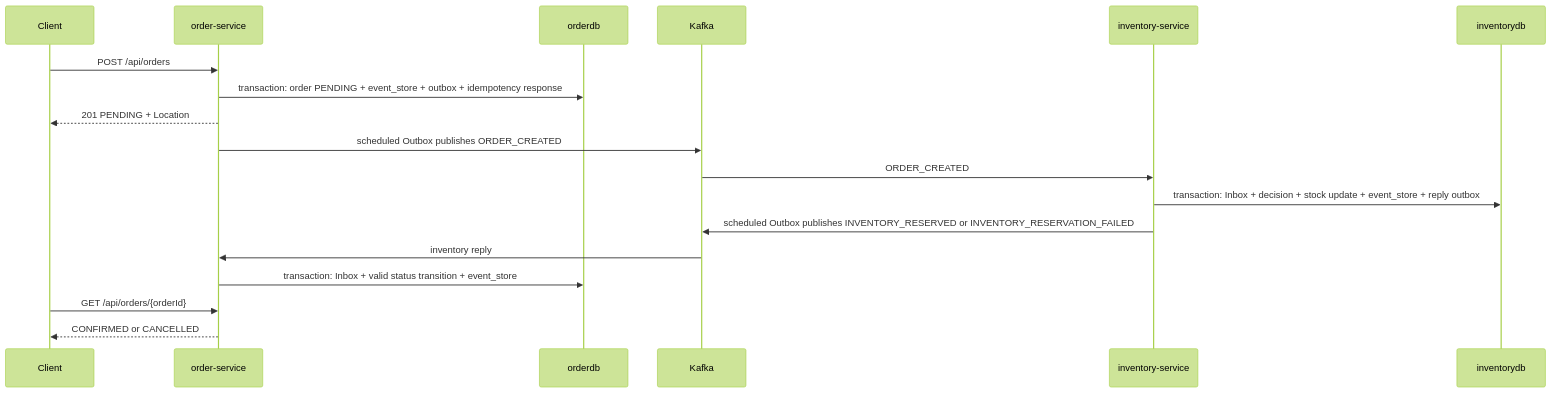
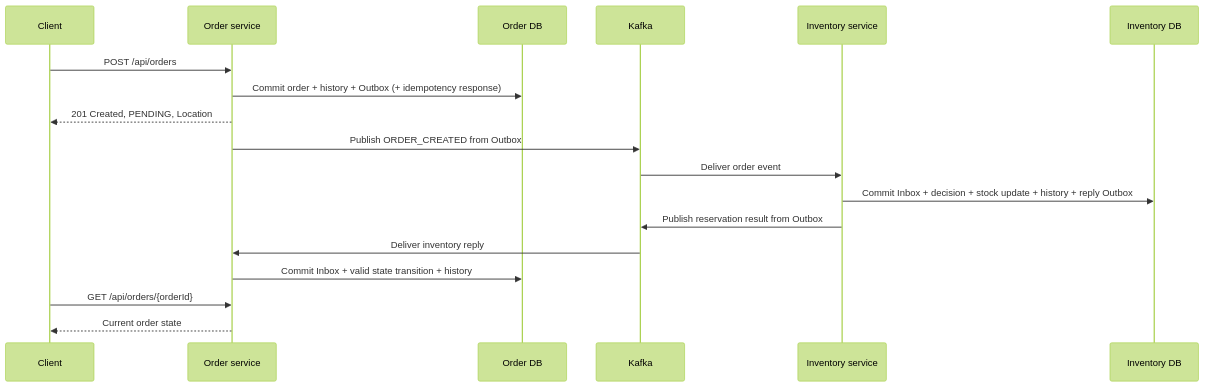
One commit to hosseinkhoshkar/kafka-order-system changed the second of 2 diagrams in README.md. Above: the diagram before and after it, drawn with Mermaid (forest theme). The commit also changed other lines of this file, not shown here.

````diff
--- a/README.md
+++ b/README.md
@@ -48,21 +49,20 @@
 ```mermaid
 sequenceDiagram
     participant C as Client
-    participant O as order-service
-    participant ODB as orderdb
+    participant O as Order service
+    participant OD as Order DB
     participant K as Kafka
-    participant I as inventory-service
-    participant IDB as inventorydb
-
+    participant I as Inventory service
+    participant ID as Inventory DB
     C->>O: POST /api/orders
-    O->>ODB: transaction: order PENDING + event_store + outbox + idempotency response
-    O-->>C: 201 PENDING + Location
-    O->>K: scheduled Outbox publishes ORDER_CREATED
-    K->>I: ORDER_CREATED
-    I->>IDB: transaction: Inbox + decision + stock update + event_store + reply outbox
-    I->>K: scheduled Outbox publishes INVENTORY_RESERVED or INVENTORY_RESERVATION_FAILED
-    K->>O: inventory reply
-    O->>ODB: transaction: Inbox + valid status transition + event_store
+    O->>OD: Commit order + history + Outbox (+ idempotency response)
+    O-->>C: 201 Created, PENDING, Location
+    O->>K: Publish ORDER_CREATED from Outbox
+    K->>I: Deliver order event
+    I->>ID: Commit Inbox + decision + stock update + history + reply Outbox
+    I->>K: Publish reservation result from Outbox
+    K->>O: Deliver inventory reply
+    O->>OD: Commit Inbox + valid state transition + history
     C->>O: GET /api/orders/{orderId}
-    O-->>C: CONFIRMED or CANCELLED
+    O-->>C: Current order state
 ```
````
